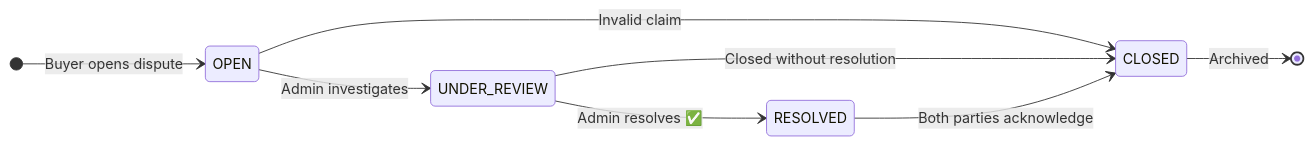
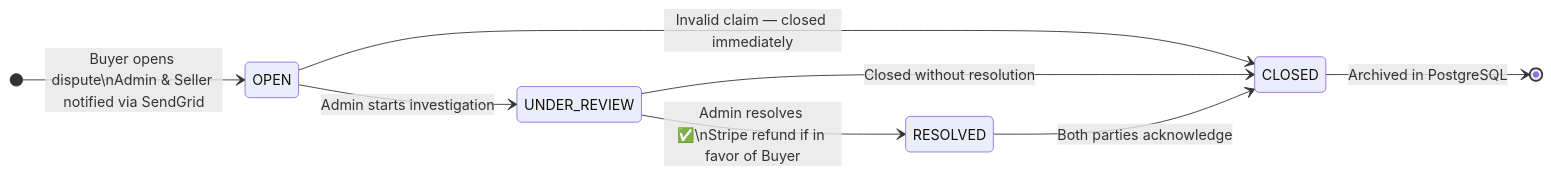
One commit to tayeb736/prohect12 changed the eighth of 10 diagrams in diagrams/03_state_machine_diagram.md. Above: the diagram before and after it, drawn with Mermaid. The commit also changed other lines of this file and 7 other files, not shown here.

Commit message:
docs: update all UML diagrams — add PostgreSQL, Redis, S3, Stripe, SendGrid, KYC, Swagger per readme2 & README3

````diff
--- a/diagrams/03_state_machine_diagram.md
+++ b/diagrams/03_state_machine_diagram.md
@@ -111,11 +164,11 @@
 ```mermaid
 stateDiagram-v2
   direction LR
-  [*] --> OPEN : Buyer opens dispute
-  OPEN --> UNDER_REVIEW : Admin investigates
-  OPEN --> CLOSED : Invalid claim
-  UNDER_REVIEW --> RESOLVED : Admin resolves ✅
+  [*] --> OPEN : Buyer opens dispute\nAdmin & Seller notified via SendGrid
+  OPEN --> UNDER_REVIEW : Admin starts investigation
+  OPEN --> CLOSED : Invalid claim — closed immediately
+  UNDER_REVIEW --> RESOLVED : Admin resolves ✅\nStripe refund if in favor of Buyer
   UNDER_REVIEW --> CLOSED : Closed without resolution
   RESOLVED --> CLOSED : Both parties acknowledge
-  CLOSED --> [*] : Archived
+  CLOSED --> [*] : Archived in PostgreSQL
 ```
````
